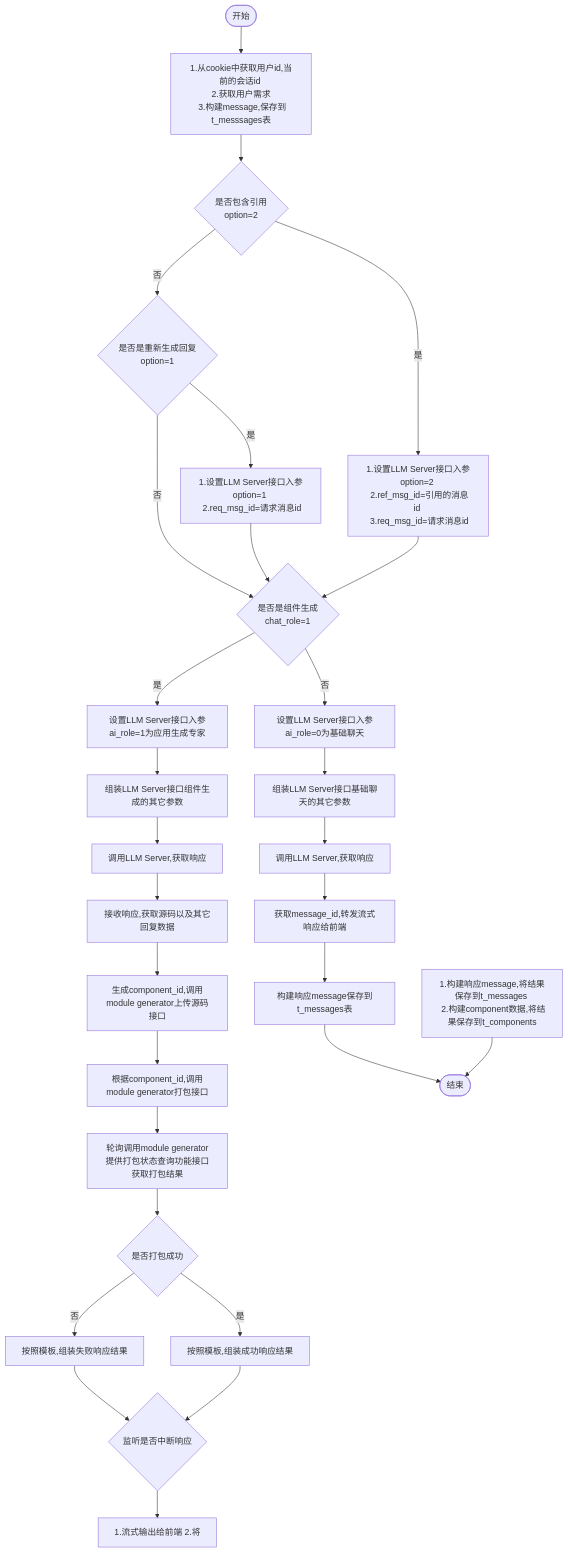
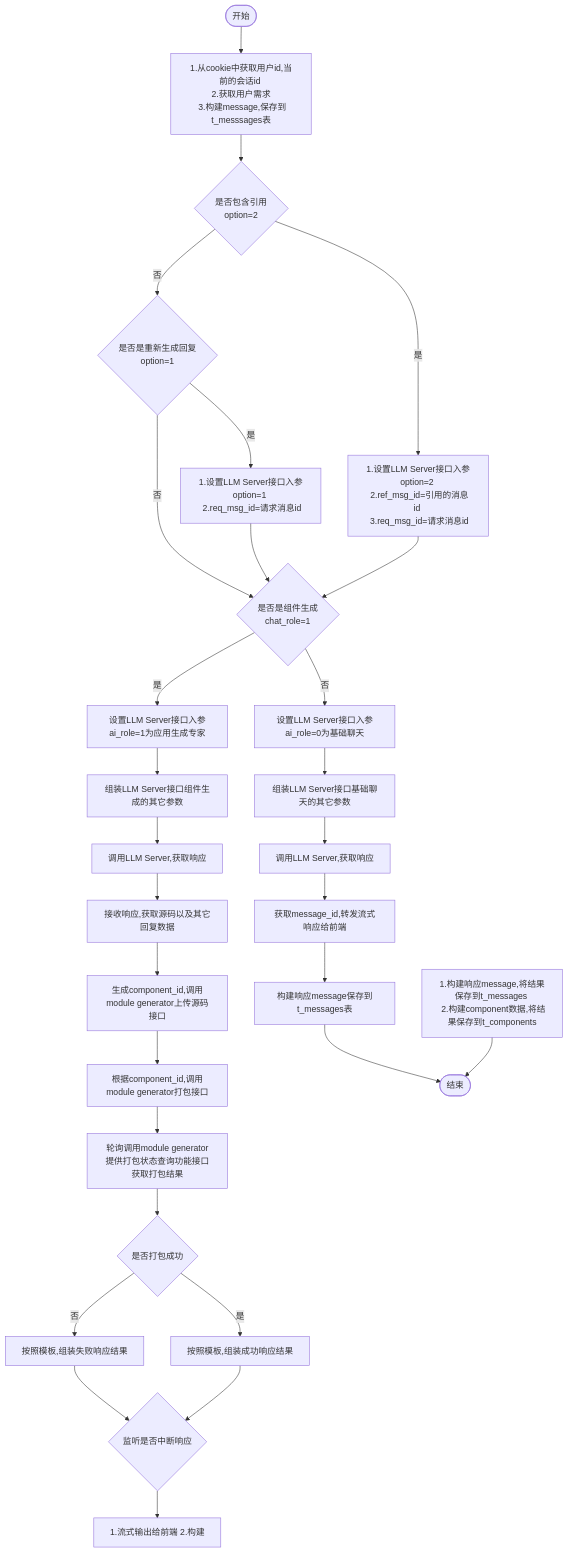
The diagram in all/w3-会话-不需要传递message.md (yingjianzh/iodraw-files), drawn with Mermaid before and after one commit.

Commit message:
2024-10-15 15:14:06 update

````diff
--- a/all/w3-会话-不需要传递message.md
+++ b/all/w3-会话-不需要传递message.md
@@ -1,36 +1,36 @@
 ```mermaid
 flowchart TD
     A([开始]) --> B[1.从cookie中获取用户id,当前的会话id \n 2.获取用户需求 \n 3.构建message,保存到t_messsages表]
     B--> D{是否包含引用 \n option=2}
     D -- 是 --> E[1.设置LLM Server接口入参option=2 \n 2.ref_msg_id=引用的消息id \n 3.req_msg_id=请求消息id]
     D -- 否 --> F{是否是重新生成回复\n option=1}
     F -- 是 --> G[1.设置LLM Server接口入参option=1 \n 2.req_msg_id=请求消息id]
     F -- 否 --> I
      
     E & G --> I{是否是组件生成 \n chat_role=1}
     I -- 否 --> K[设置LLM Server接口入参ai_role=0为基础聊天]
     I -- 是 --> J[设置LLM Server接口入参ai_role=1为应用生成专家]
     
 
     J --> L[组装LLM Server接口组件生成的其它参数]    
     K --> M[组装LLM Server接口基础聊天的其它参数]    
     M --> N[调用LLM Server,获取响应]    
     N --> O[获取message_id,转发流式响应给前端]
     O --> P[构建响应message保存到t_messages表]
     P --> R([结束])
 
 
     L --> S[调用LLM Server,获取响应]
     S --> T[接收响应,获取源码以及其它回复数据]
     T --> U[生成component_id,调用module generator上传源码接口]
     U --> V[根据component_id,调用module generator打包接口]
     V --> W[轮询调用module generator提供打包状态查询功能接口获取打包结果]
     W --> X{是否打包成功}
     X -- 是 --> Y[按照模板,组装成功响应结果]
     X -- 否 --> Z[按照模板,组装失败响应结果]
     Y & Z --> Done{监听是否中断响应}
-    Done --> OutPut[1.流式输出给前端 2.将]
+    Done --> OutPut[1.流式输出给前端 2.构建]
 
     Result[1.构建响应message,将结果保存到t_messages \n 2.构建component数据,将结果保存到t_components]
     Result --> R
 ```
````
